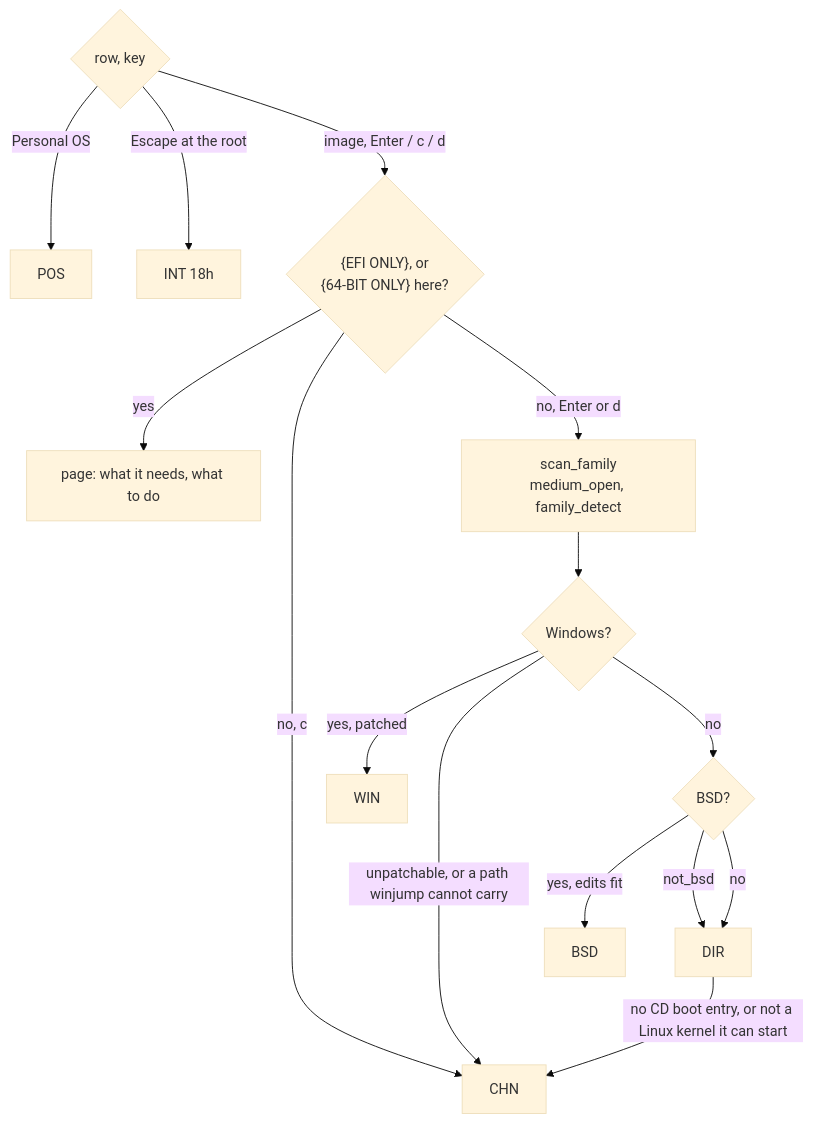
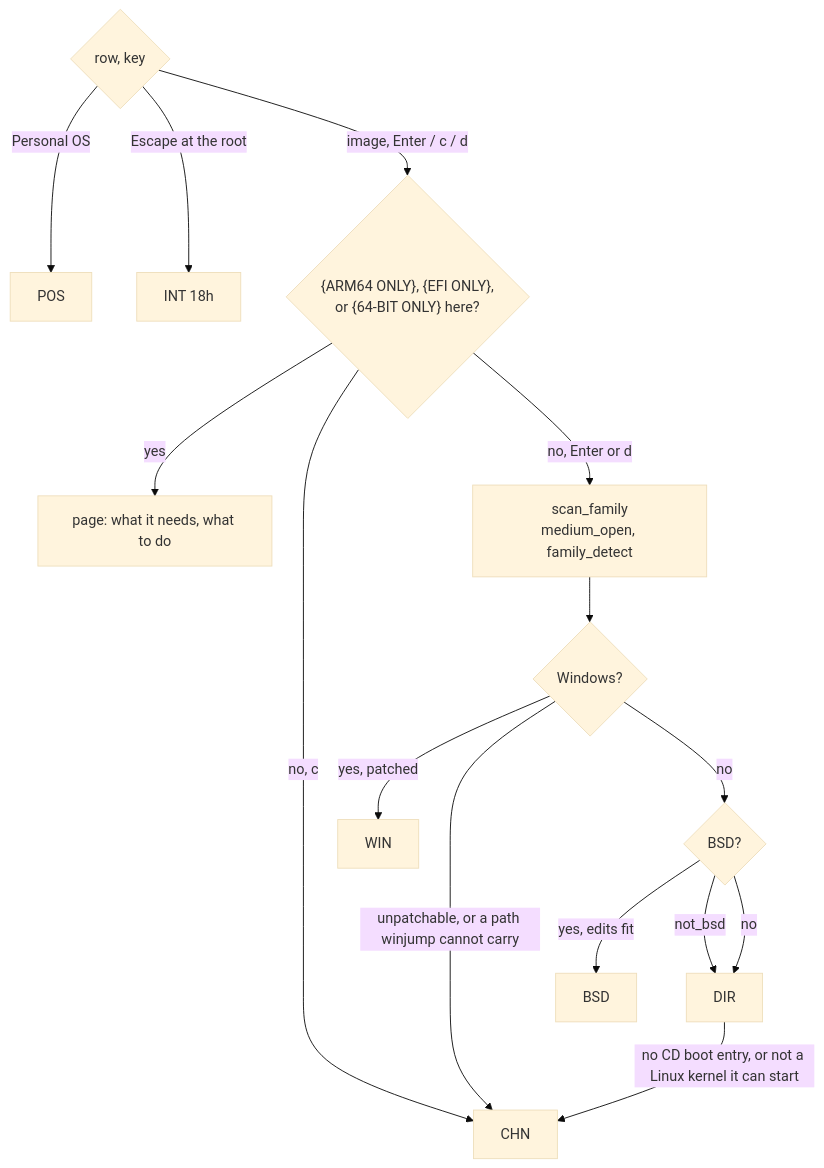
Diagram 15 of 24 in docs/DESIGN.md (vifair22/falcon-boot), drawn with Mermaid (base theme) before and after one commit. The commit also changed other lines of this file and 10 other files, not shown here.

First line of the commit message:
Tag an ARM64-only medium {ARM64 ONLY} on falcon-bios

````diff
--- a/docs/DESIGN.md
+++ b/docs/DESIGN.md
@@ -3460,18 +3465,18 @@
 ```mermaid
 flowchart TD
     ROW{"row, key"}
     ROW -- "Personal OS" --> POS[POS]
     ROW -- "Escape at the root" --> FW["INT 18h"]
-    ROW -- "image, Enter / c / d" --> TAG{"{EFI ONLY}, or<br/>{64-BIT ONLY} here?"}
+    ROW -- "image, Enter / c / d" --> TAG{"{ARM64 ONLY}, {EFI ONLY},<br/>or {64-BIT ONLY} here?"}
     TAG -- yes --> TP["page: what it needs, what to do"]
     TAG -- "no, c" --> CHN[CHN]
     TAG -- "no, Enter or d" --> MED["scan_family<br/>medium_open, family_detect"]
     MED --> W{"Windows?"}
     W -- "yes, patched" --> WIN[WIN]
     W -- "unpatchable, or a path winjump cannot carry" --> CHN
     W -- no --> B{"BSD?"}
     B -- "yes, edits fit" --> BSD[BSD]
     B -- "not_bsd" --> DIR
     B -- no --> DIR[DIR]
     DIR -- "no CD boot entry, or not a Linux kernel it can start" --> CHN
 ```
````
